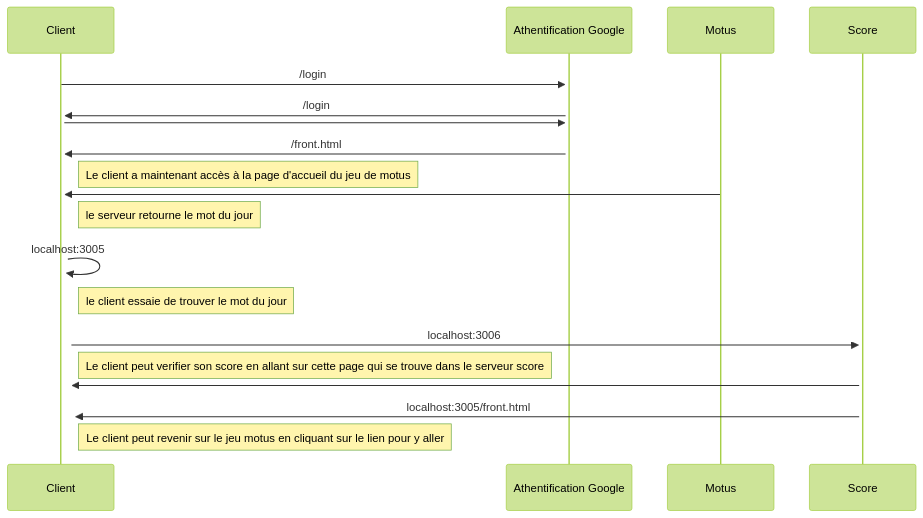
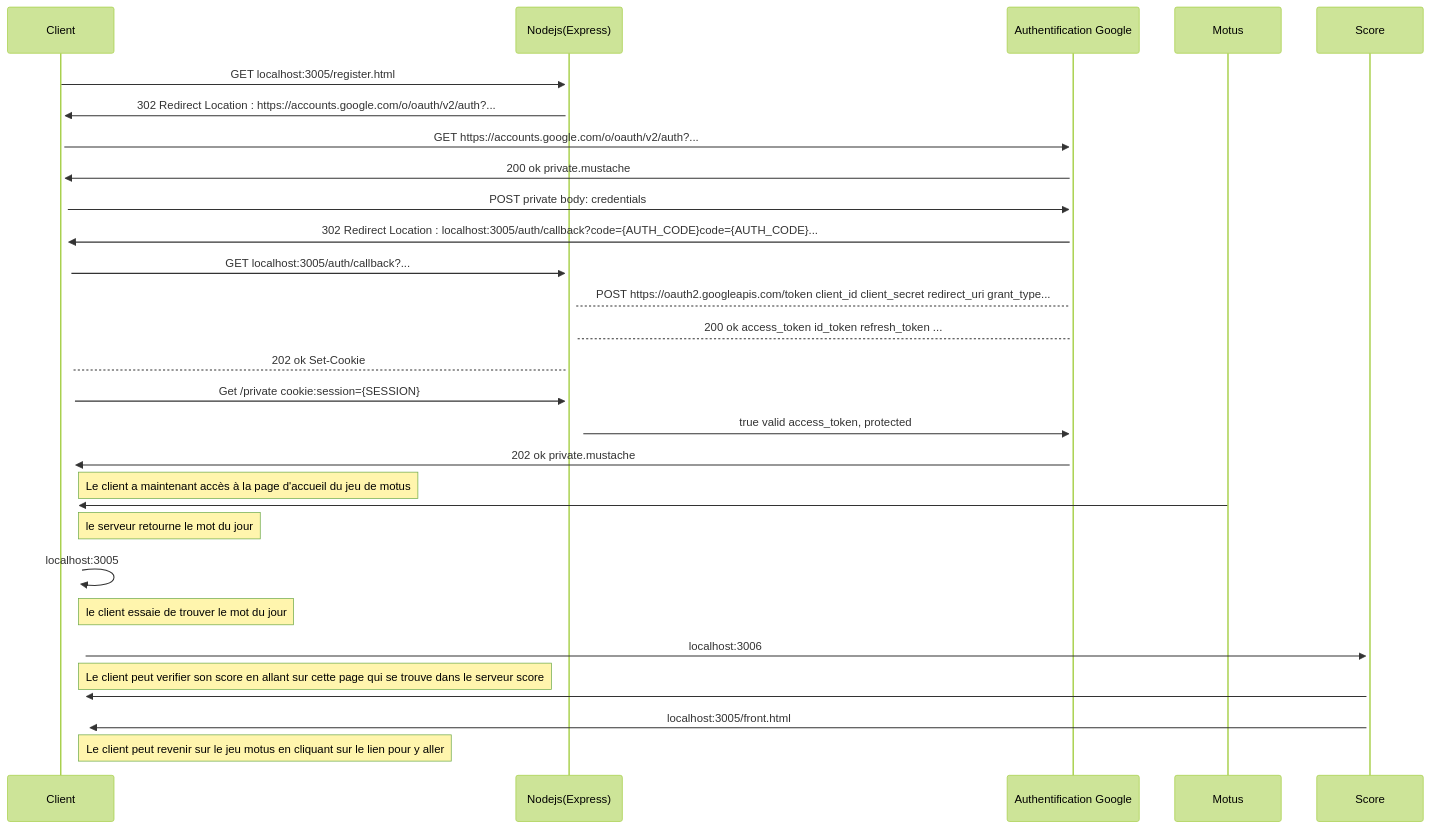
The diagram in README.md (RadoDominique/motus), drawn with Mermaid (forest theme) before and after one commit. The commit also changed other lines of this file and 7 other files, not shown here.

````diff
--- a/README.md
+++ b/README.md
@@ -37,18 +36,27 @@
 ```mermaid
 
 sequenceDiagram
-    Client->>+Athentification Google: /login
-    Athentification Google->>+Client: /login
-    Client->>Athentification Google: 
-    Athentification Google->>Client:/front.html
+    Client->>+Nodejs(Express): GET localhost:3005/register.html
+    Nodejs(Express)->>+Client: 302 Redirect Location : https://accounts.google.com/o/oauth/v2/auth?...
+    Client->>+Authentification Google: GET https://accounts.google.com/o/oauth/v2/auth?...
+    Authentification Google->>+Client: 200 ok private.mustache
+    Client->>+Authentification Google: POST private body: credentials
+    Authentification Google->>+Client: 302 Redirect Location : localhost:3005/auth/callback?code={AUTH_CODE}code={AUTH_CODE}...
+    Client->>+Nodejs(Express): GET localhost:3005/auth/callback?...
+    Nodejs(Express)-->+Authentification Google: POST https://oauth2.googleapis.com/token client_id client_secret redirect_uri grant_type...
+    Authentification Google-->+Nodejs(Express): 200 ok access_token id_token refresh_token ...
+    Nodejs(Express)-->+Client: 202 ok Set-Cookie
+    Client->>+Nodejs(Express): Get /private cookie:session={SESSION}
+    Nodejs(Express)->>+Authentification Google: true valid access_token, protected 
+    Authentification Google->>+Client: 202 ok private.mustache
     Note right of Client: Le client a maintenant accès à la page d'accueil du jeu de motus
     Motus->>+Client : 
     note right of Client : le serveur retourne le mot du jour
     Client->>+Client: localhost:3005
     note right of Client: le client essaie de trouver le mot du jour
     Client->>+Score: localhost:3006
     note right of Client: Le client peut verifier son score en allant sur cette page qui se trouve dans le serveur score
     Score->>+Client: 
     Score->>+Client: localhost:3005/front.html
     note right of Client: Le client peut revenir sur le jeu motus en cliquant sur le lien pour y aller
  ```
````
